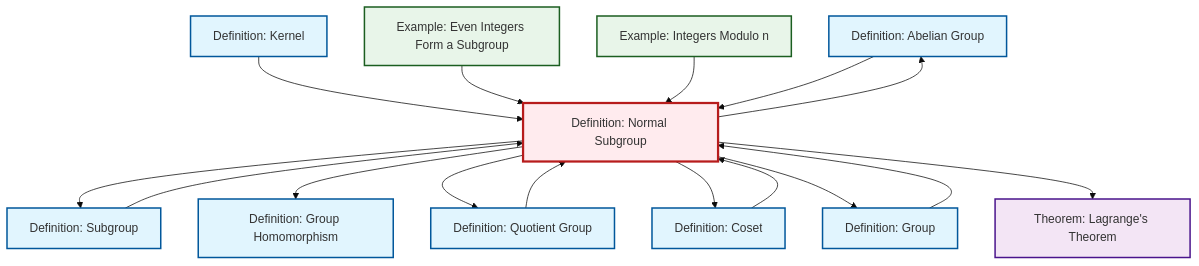
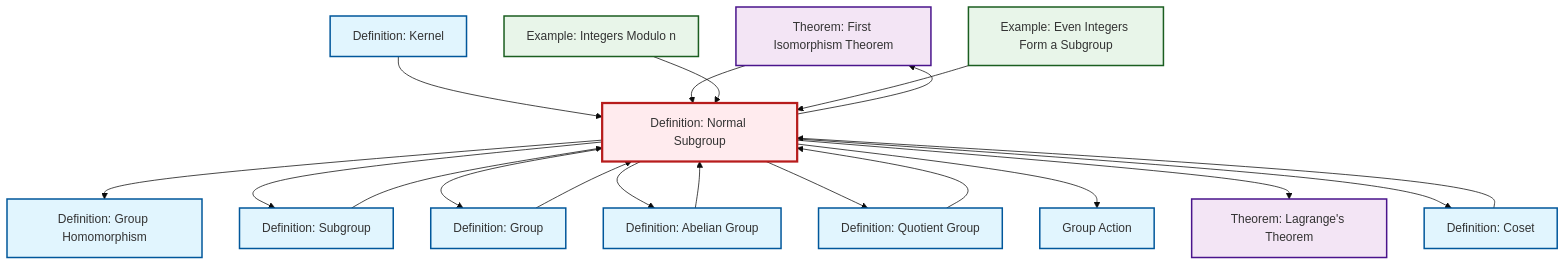
Before and after one commit to RK0429/ModernMath: the diagram in content/ja/algebra/def-normal-subgroup.qmd, drawn with Mermaid (base theme). The commit also changed 615 other files, not shown here.

````diff
--- a/content/ja/algebra/def-normal-subgroup.qmd
+++ b/content/ja/algebra/def-normal-subgroup.qmd
@@ -92,46 +92,53 @@
 ```{mermaid}
 %%| fig-cap: "Local dependency graph"
 graph TD
     classDef definition fill:#e1f5fe,stroke:#01579b,stroke-width:2px
     classDef theorem fill:#f3e5f5,stroke:#4a148c,stroke-width:2px
     classDef axiom fill:#fff3e0,stroke:#e65100,stroke-width:2px
     classDef example fill:#e8f5e9,stroke:#1b5e20,stroke-width:2px
     classDef current fill:#ffebee,stroke:#b71c1c,stroke-width:3px
-    def-abelian-group["Definition: Abelian Group"]:::definition
-    def-quotient-group["Definition: Quotient Group"]:::definition
-    ex-quotient-integers-mod-n["Example: Integers Modulo n"]:::example
-    thm-lagrange["Theorem: Lagrange's Theorem"]:::theorem
+    thm-first-isomorphism["Theorem: First Isomorphism Theorem"]:::theorem
+    def-group-action["Group Action"]:::definition
+    def-homomorphism["Definition: Group Homomorphism"]:::definition
     def-kernel["Definition: Kernel"]:::definition
-    def-coset["Definition: Coset"]:::definition
-    def-homomorphism["Definition: Group Homomorphism"]:::definition
-    def-normal-subgroup["Definition: Normal Subgroup"]:::definition
-    ex-even-integers-subgroup["Example: Even Integers Form a Subgroup"]:::example
     def-group["Definition: Group"]:::definition
     def-subgroup["Definition: Subgroup"]:::definition
+    thm-lagrange["Theorem: Lagrange's Theorem"]:::theorem
+    def-abelian-group["Definition: Abelian Group"]:::definition
+    ex-even-integers-subgroup["Example: Even Integers Form a Subgroup"]:::example
+    ex-quotient-integers-mod-n["Example: Integers Modulo n"]:::example
+    def-coset["Definition: Coset"]:::definition
+    def-normal-subgroup["Definition: Normal Subgroup"]:::definition
+    def-quotient-group["Definition: Quotient Group"]:::definition
+    def-normal-subgroup --> def-homomorphism
+    def-subgroup --> def-normal-subgroup
+    def-quotient-group --> def-normal-subgroup
+    def-normal-subgroup --> thm-first-isomorphism
     def-kernel --> def-normal-subgroup
+    def-normal-subgroup --> def-subgroup
+    def-abelian-group --> def-normal-subgroup
+    def-normal-subgroup --> def-group
+    def-normal-subgroup --> def-abelian-group
+    thm-first-isomorphism --> def-normal-subgroup
+    def-normal-subgroup --> def-quotient-group
+    def-normal-subgroup --> def-group-action
+    def-normal-subgroup --> thm-lagrange
+    ex-quotient-integers-mod-n --> def-normal-subgroup
     ex-even-integers-subgroup --> def-normal-subgroup
-    def-normal-subgroup --> def-subgroup
-    def-normal-subgroup --> def-abelian-group
-    def-normal-subgroup --> def-homomorphism
-    def-normal-subgroup --> def-quotient-group
-    def-quotient-group --> def-normal-subgroup
+    def-coset --> def-normal-subgroup
+    def-normal-subgroup --> def-coset
     def-group --> def-normal-subgroup
-    ex-quotient-integers-mod-n --> def-normal-subgroup
-    def-abelian-group --> def-normal-subgroup
-    def-normal-subgroup --> def-coset
-    def-subgroup --> def-normal-subgroup
-    def-normal-subgroup --> def-group
-    def-normal-subgroup --> thm-lagrange
-    def-coset --> def-normal-subgroup
     class def-normal-subgroup current
-    click def-abelian-group "def-abelian-group.html" "Definition: Abelian Groupへ"
-    click def-quotient-group "def-quotient-group.html" "Definition: Quotient Groupへ"
-    click ex-quotient-integers-mod-n "ex-quotient-integers-mod-n.html" "Example: Integers Modulo nへ"
-    click thm-lagrange "thm-lagrange.html" "Theorem: Lagrange's Theoremへ"
+    click thm-first-isomorphism "thm-first-isomorphism.html" "Theorem: First Isomorphism Theoremへ"
+    click def-group-action "def-group-action.html" "Group Actionへ"
+    click def-homomorphism "def-homomorphism.html" "Definition: Group Homomorphismへ"
     click def-kernel "def-kernel.html" "Definition: Kernelへ"
-    click def-coset "def-coset.html" "Definition: Cosetへ"
-    click def-homomorphism "def-homomorphism.html" "Definition: Group Homomorphismへ"
-    click ex-even-integers-subgroup "ex-even-integers-subgroup.html" "Example: Even Integers Form a Subgroupへ"
     click def-group "def-group.html" "Definition: Groupへ"
     click def-subgroup "def-subgroup.html" "Definition: Subgroupへ"
+    click thm-lagrange "thm-lagrange.html" "Theorem: Lagrange's Theoremへ"
+    click def-abelian-group "def-abelian-group.html" "Definition: Abelian Groupへ"
+    click ex-even-integers-subgroup "ex-even-integers-subgroup.html" "Example: Even Integers Form a Subgroupへ"
+    click ex-quotient-integers-mod-n "ex-quotient-integers-mod-n.html" "Example: Integers Modulo nへ"
+    click def-coset "def-coset.html" "Definition: Cosetへ"
+    click def-quotient-group "def-quotient-group.html" "Definition: Quotient Groupへ"
 ```
````
